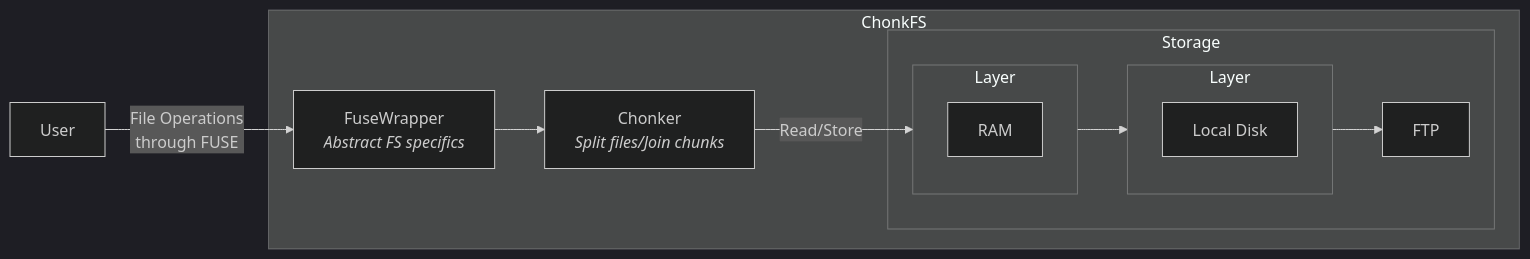
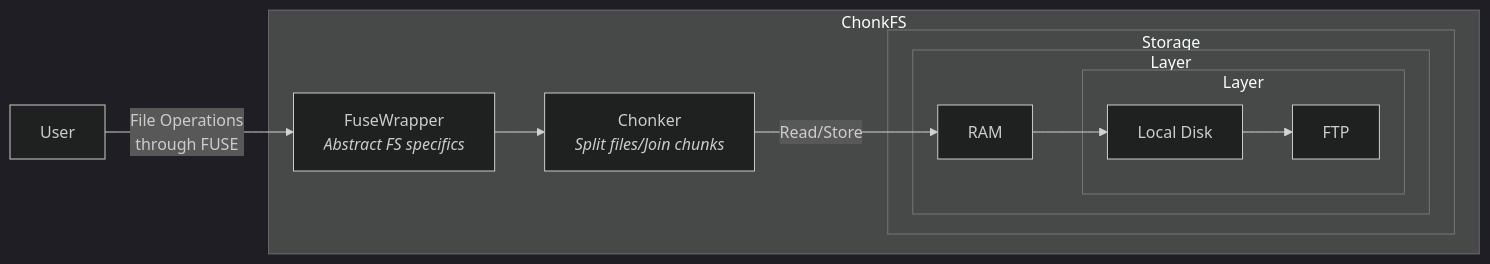
One commit to lerenn/chonkfs changed the diagram in README.md. Above: the diagram before and after it, drawn with Mermaid (dark theme).

Commit message:
fix(README): fix architecture

````diff
--- a/README.md
+++ b/README.md
@@ -24,22 +24,21 @@
 ```mermaid
 flowchart LR
     User --File Operations<br/>through FUSE--> FuseWrapper
     subgraph "ChonkFS"
         FuseWrapper[FuseWrapper<br><i>Abstract FS specifics</i>] --> Chonker[Chonker<br><i>Split files/Join chunks</i>]
-        Chonker --Read/Store--> LayerRam
+        Chonker --Read/Store--> RAM
 
         subgraph "Storage"
-            subgraph LayerRam[Layer]
+            subgraph LayerRAM["Layer"]
                 RAM 
+                subgraph LayerDisk["Layer"]
+                    LocalDisk[Local Disk]
+                    FTP
+                end
             end
-            subgraph LayerDisk[Layer]
-                LocalDisk[Local Disk]
-            end
-            
-            FTP
         end
     end
 
-    LayerRam --> LayerDisk
-    LayerDisk --> FTP
+    RAM --> LocalDisk
+    LocalDisk --> FTP
 ```
````
